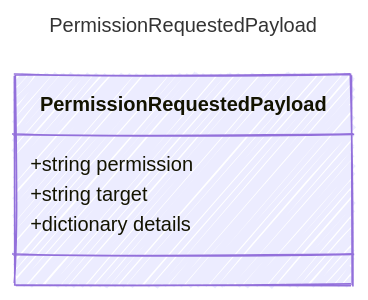
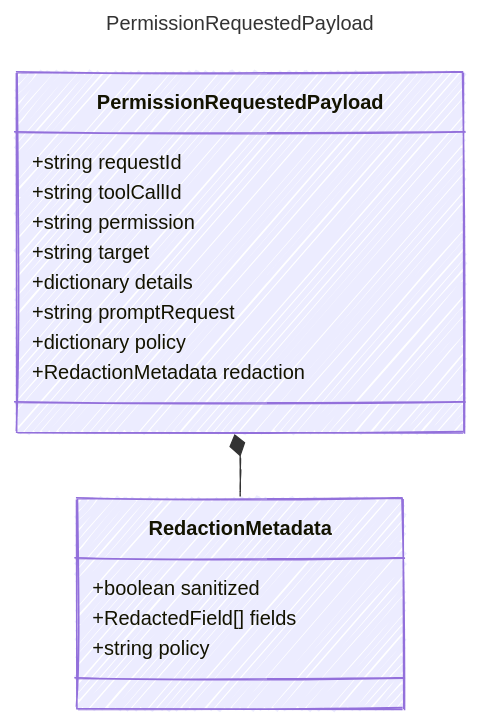
Before and after one commit to microsoft/prompty: the diagram in web/src/content/docs/reference/PermissionRequestedPayload.md, drawn with Mermaid. The commit also changed other lines of this file and 333 other files, not shown here.

````diff
--- a/web/src/content/docs/reference/PermissionRequestedPayload.md
+++ b/web/src/content/docs/reference/PermissionRequestedPayload.md
@@ -11,16 +11,27 @@
 ```mermaid
 ---
 title: PermissionRequestedPayload
 config:
   look: handDrawn
   theme: colorful
   class:
     hideEmptyMembersBox: true
 ---
 classDiagram
     class PermissionRequestedPayload {
+        +string requestId
+        +string toolCallId
         +string permission
         +string target
         +dictionary details
+        +string promptRequest
+        +dictionary policy
+        +RedactionMetadata redaction
     }
+    class RedactionMetadata {
+        +boolean sanitized
+        +RedactedField[] fields
+        +string policy
+    }
+    PermissionRequestedPayload *-- RedactionMetadata
 ```
````
